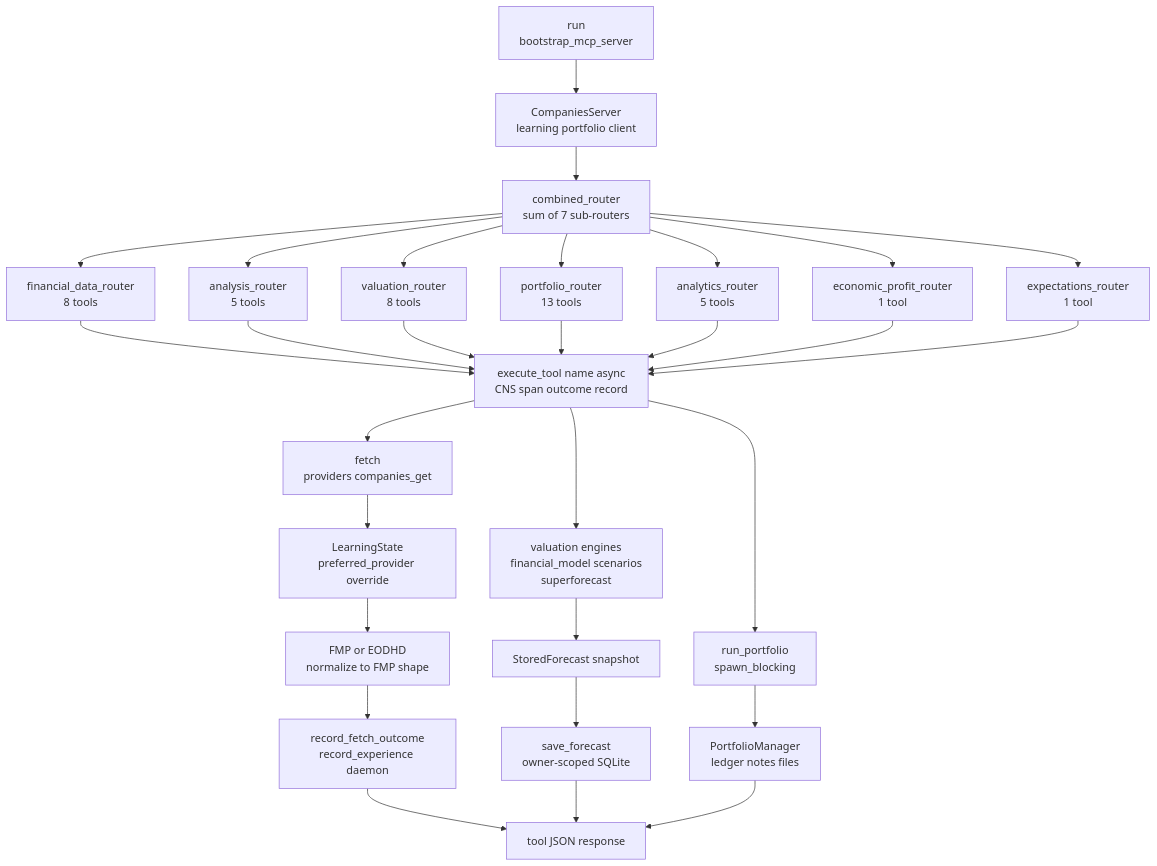
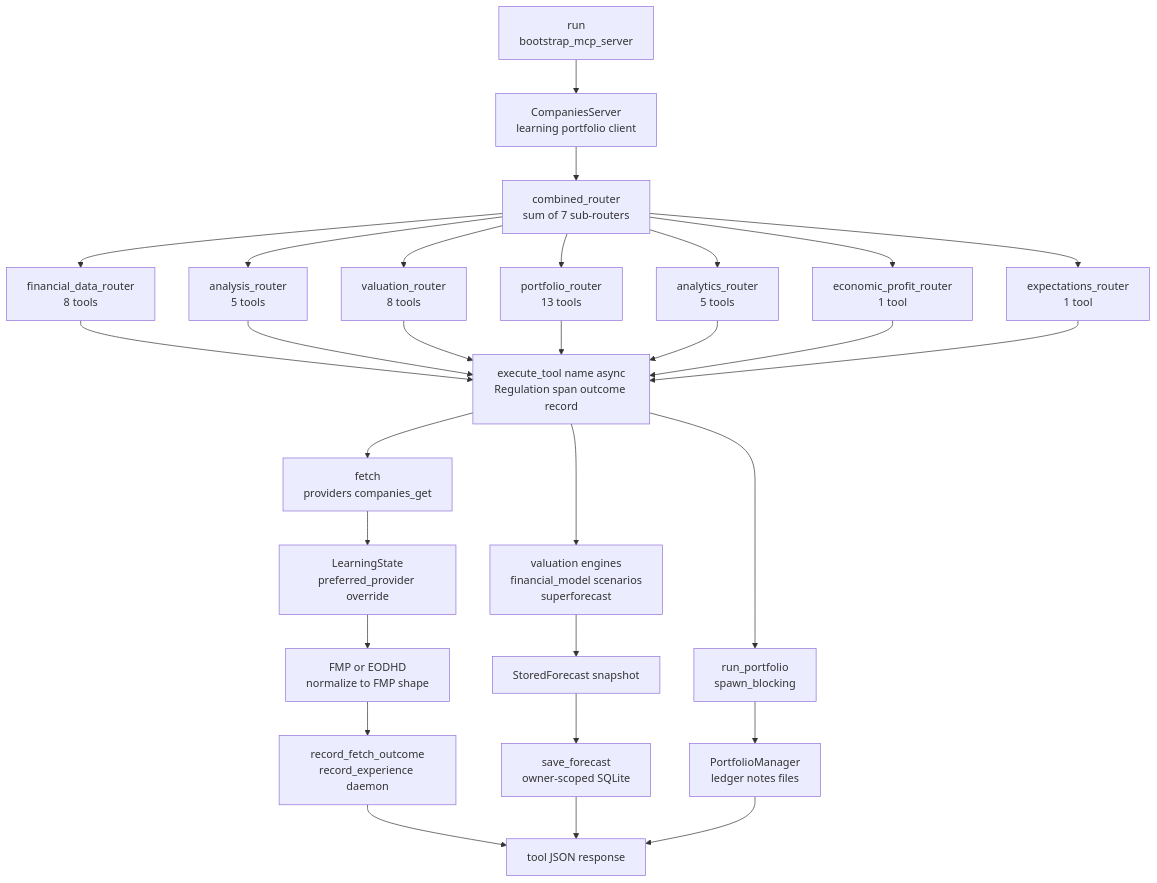
One commit to mdz-axo/hKask changed the diagram in docs/diagrams/flowchart-companies-tool-routing.md. Above: the diagram before and after it, drawn with Mermaid. The commit also changed other lines of this file and 68 other files, not shown here.

First line of the commit message:
Rename CNS to Regulation across docs

````diff
--- a/docs/diagrams/flowchart-companies-tool-routing.md
+++ b/docs/diagrams/flowchart-companies-tool-routing.md
@@ -20,32 +20,32 @@
 ```mermaid
 flowchart TD
     Boot["run<br/>bootstrap_mcp_server"]
     Boot --> Srv["CompaniesServer<br/>learning portfolio client"]
     Srv --> Comb["combined_router<br/>sum of 7 sub-routers"]
     Comb --> R1["financial_data_router<br/>8 tools"]
     Comb --> R2["analysis_router<br/>5 tools"]
     Comb --> R3["valuation_router<br/>8 tools"]
     Comb --> R4["portfolio_router<br/>13 tools"]
     Comb --> R5["analytics_router<br/>5 tools"]
     Comb --> R6["economic_profit_router<br/>1 tool"]
     Comb --> R7["expectations_router<br/>1 tool"]
-    R1 --> Seam["execute_tool name async<br/>CNS span outcome record"]
+    R1 --> Seam["execute_tool name async<br/>Regulation span outcome record"]
     R2 --> Seam
     R3 --> Seam
     R4 --> Seam
     R5 --> Seam
     R6 --> Seam
     R7 --> Seam
     Seam --> SinkA["fetch<br/>providers companies_get"]
     Seam --> SinkB["valuation engines<br/>financial_model scenarios<br/>superforecast"]
     Seam --> SinkC["run_portfolio<br/>spawn_blocking"]
     SinkA --> Learn["LearningState<br/>preferred_provider override"]
     Learn --> FmpEod["FMP or EODHD<br/>normalize to FMP shape"]
     FmpEod --> Rec["record_fetch_outcome<br/>record_experience daemon"]
     SinkB --> Stored["StoredForecast snapshot"]
     Stored --> Persist["save_forecast<br/>owner-scoped SQLite"]
     SinkC --> Ledger["PortfolioManager<br/>ledger notes files"]
     Rec --> Out["tool JSON response"]
     Persist --> Out
     Ledger --> Out
 ```
````
